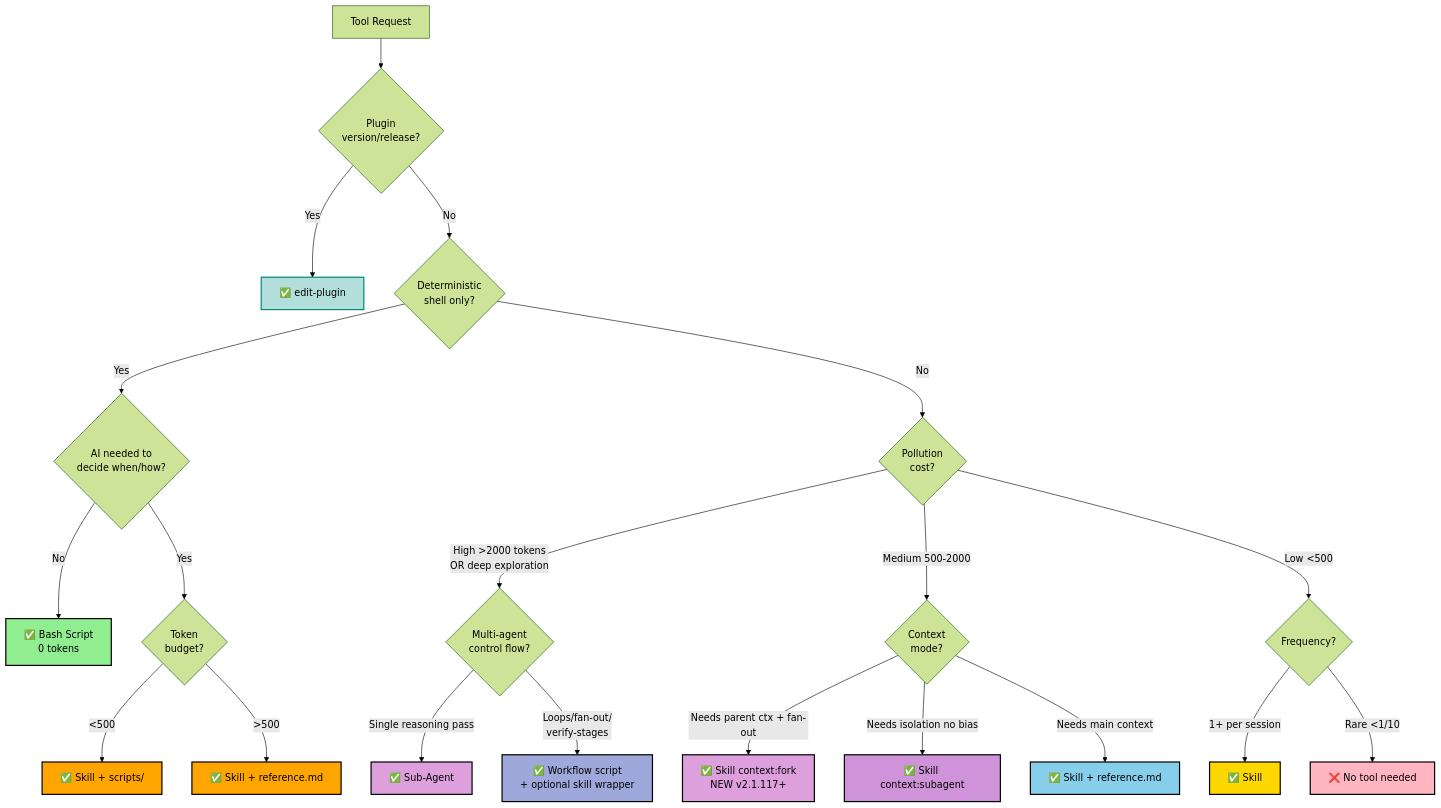
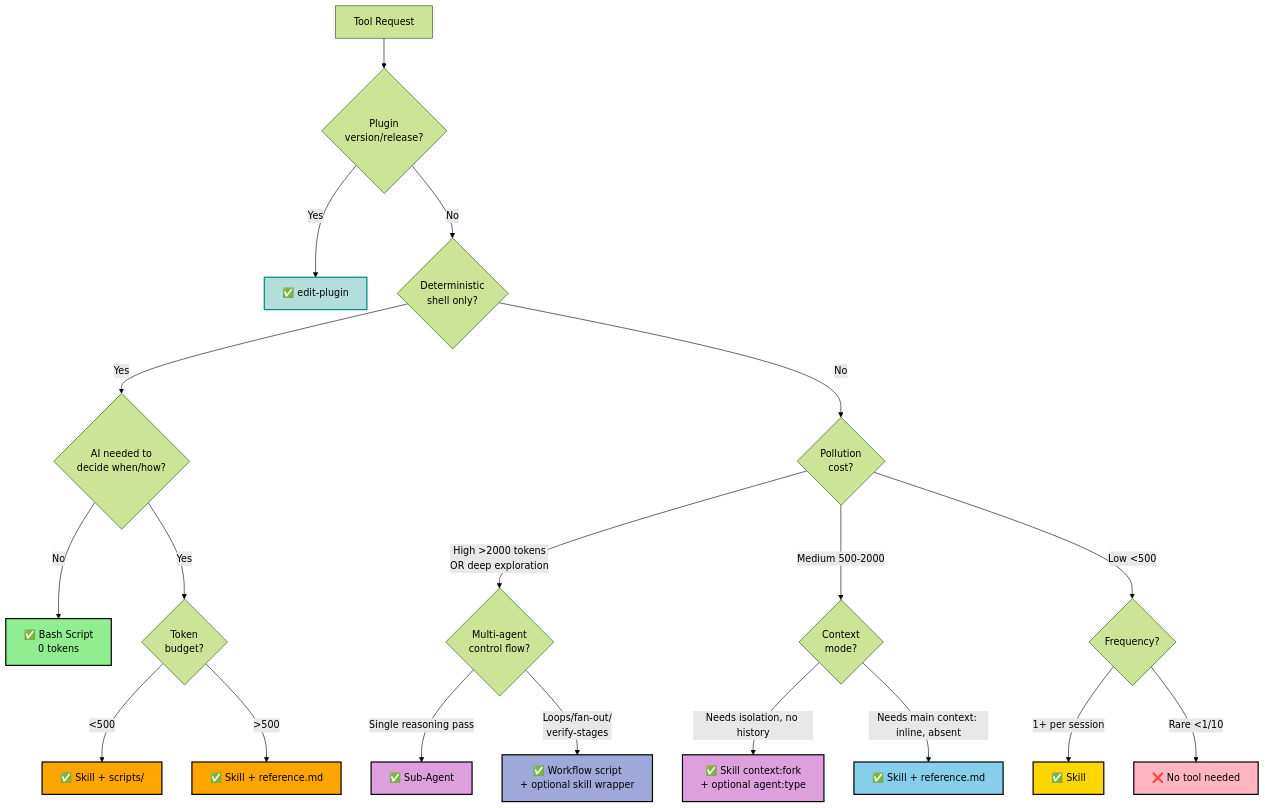
The diagram in toolsmith/skills/edit-tool/SKILL.md (digital-stoic-org/agent-skills), drawn with Mermaid (forest theme) before and after one commit. The commit also changed other lines of this file and 14 other files, not shown here.

First line of the commit message:
feat(agent-skills): add tack goal loop and edit-tool doc updates

````diff
--- a/toolsmith/skills/edit-tool/SKILL.md
+++ b/toolsmith/skills/edit-tool/SKILL.md
@@ -16,36 +16,34 @@
 ```mermaid
 graph TD
-    A[Tool Request] --> AA{Plugin<br/>version/release?}
-    AA -->|Yes| PLUGIN[✅ edit-plugin]
-    AA -->|No| B{Deterministic<br/>shell only?}
-    B -->|Yes| C{AI needed to<br/>decide when/how?}
-    C -->|No| BASH[✅ Bash Script<br/>0 tokens]
-    C -->|Yes| D{Token<br/>budget?}
-    D -->|<500| WRAP[✅ Skill + scripts/]
-    D -->|>500| SKILL_REF[✅ Skill + reference.md]
+    A["Tool Request"] --> AA{"Plugin<br/>version/release?"}
+    AA -->|Yes| PLUGIN["✅ edit-plugin"]
+    AA -->|No| B{"Deterministic<br/>shell only?"}
+    B -->|Yes| C{"AI needed to<br/>decide when/how?"}
+    C -->|No| BASH["✅ Bash Script<br/>0 tokens"]
+    C -->|Yes| D{"Token<br/>budget?"}
+    D -->|<500| WRAP["✅ Skill + scripts/"]
+    D -->|>500| SKILL_REF["✅ Skill + reference.md"]
 
-    B -->|No| E{Pollution<br/>cost?}
-    E -->|High >2000 tokens<br/>OR deep exploration| W{Multi-agent<br/>control flow?}
-    W -->|Single reasoning pass| AGENT[✅ Sub-Agent]
-    W -->|Loops/fan-out/<br/>verify-stages| WORKFLOW[✅ Workflow script<br/>+ optional skill wrapper]
-    E -->|Medium 500-2000| F{Context<br/>mode?}
-    F -->|Needs parent ctx + fan-out| FORK[✅ Skill context:fork<br/>NEW v2.1.117+]
-    F -->|Needs isolation no bias| SUBAGENT[✅ Skill context:subagent]
-    F -->|Needs main context| SKILL_BIG[✅ Skill + reference.md]
+    B -->|No| E{"Pollution<br/>cost?"}
+    E -->|High >2000 tokens<br/>OR deep exploration| W{"Multi-agent<br/>control flow?"}
+    W -->|Single reasoning pass| AGENT["✅ Sub-Agent"]
+    W -->|Loops/fan-out/<br/>verify-stages| WORKFLOW["✅ Workflow script<br/>+ optional skill wrapper"]
+    E -->|Medium 500-2000| F{"Context<br/>mode?"}
+    F -->|Needs isolation, no history| FORK["✅ Skill context:fork<br/>+ optional agent:type"]
+    F -->|Needs main context: inline, absent| SKILL_BIG["✅ Skill + reference.md"]
 
-    E -->|Low <500| G{Frequency?}
-    G -->|1+ per session| SKILL[✅ Skill]
-    G -->|Rare <1/10| DIRECT[❌ No tool needed]
+    E -->|Low <500| G{"Frequency?"}
+    G -->|1+ per session| SKILL["✅ Skill"]
+    G -->|Rare <1/10| DIRECT["❌ No tool needed"]
 
     style PLUGIN fill:#B2DFDB,stroke:#00897B,stroke-width:2px,color:#000
     style BASH fill:#90EE90,stroke:#000,stroke-width:2px,color:#000
     style SKILL fill:#FFD700,stroke:#000,stroke-width:2px,color:#000
     style WRAP fill:#FFA500,stroke:#000,stroke-width:2px,color:#000
     style SKILL_REF fill:#FFA500,stroke:#000,stroke-width:2px,color:#000
     style SKILL_BIG fill:#87CEEB,stroke:#000,stroke-width:2px,color:#000
     style FORK fill:#DDA0DD,stroke:#000,stroke-width:2px,color:#000
-    style SUBAGENT fill:#CE93D8,stroke:#000,stroke-width:2px,color:#000
     style AGENT fill:#DDA0DD,stroke:#000,stroke-width:2px,color:#000
     style WORKFLOW fill:#9FA8DA,stroke:#000,stroke-width:2px,color:#000
     style DIRECT fill:#FFB6C1,stroke:#000,stroke-width:2px,color:#000
 ```
````
